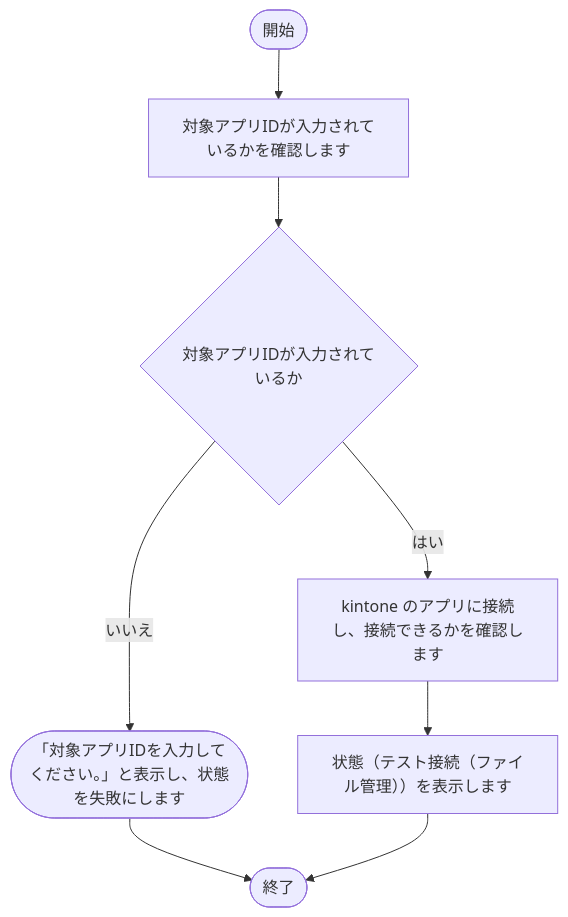
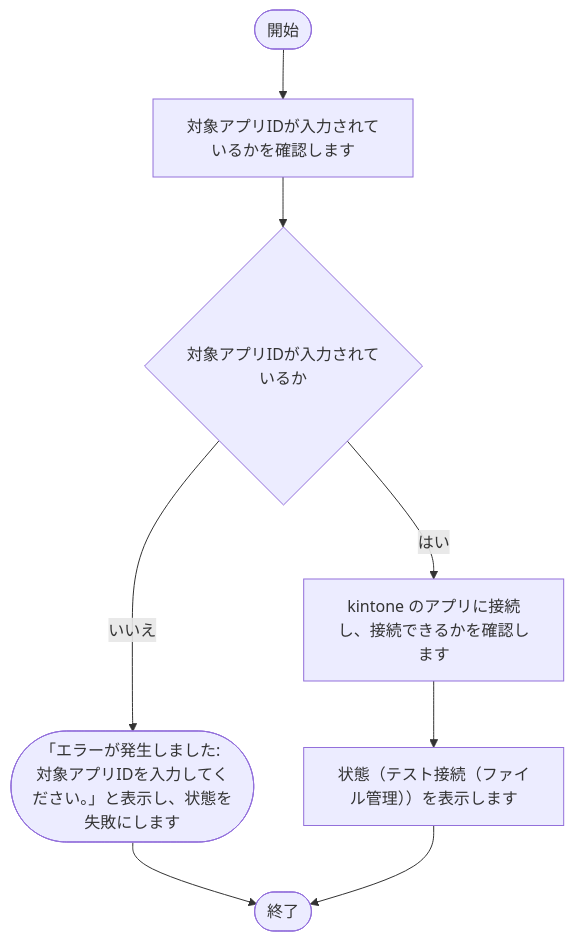
One commit to nishida2073/project_management changed diagram 12 of 13 in tool/package-generator/doc/02_設計/処理フロー.md. Above: the diagram before and after it, drawn with Mermaid. The commit also changed other lines of this file and 4 other files, not shown here.

````diff
--- a/tool/package-generator/doc/02_設計/処理フロー.md
+++ b/tool/package-generator/doc/02_設計/処理フロー.md
@@ -361,17 +381,17 @@
 ```mermaid
 flowchart TD
     S(["開始"])
     E(["終了"])
     N1["対象アプリIDが入力されているかを確認します"]
     S --> N1
     N2{"対象アプリIDが入力されているか"}
     N1 --> N2
-    X1(["「対象アプリIDを入力してください。」と表示し、状態を失敗にします"])
+    X1(["「エラーが発生しました: 対象アプリIDを入力してください。」と表示し、状態を失敗にします"])
     N2 -- いいえ --> X1
     X1 --> E
     N3["kintone のアプリに接続し、接続できるかを確認します"]
     N2 -- はい --> N3
     N4["状態（テスト接続（ファイル管理））を表示します"]
     N3 --> N4
     N4 --> E
 ```
````
